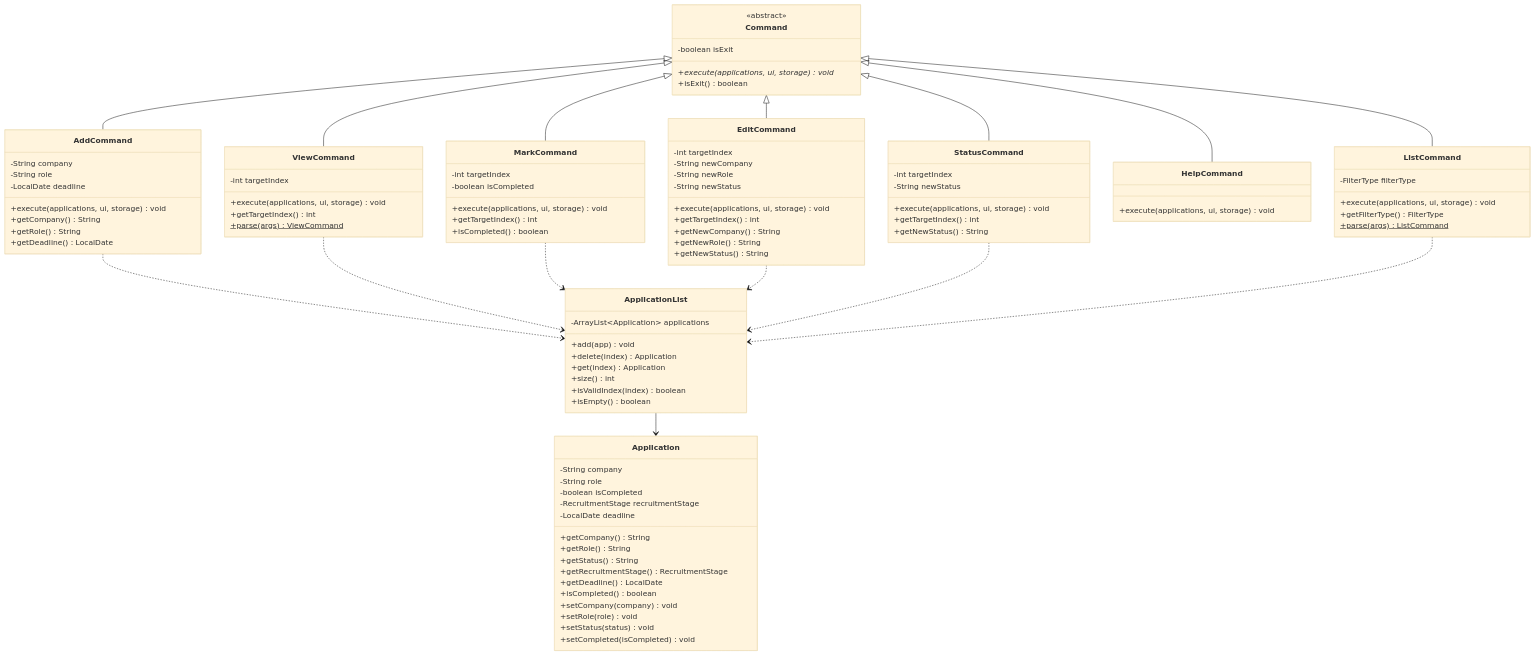
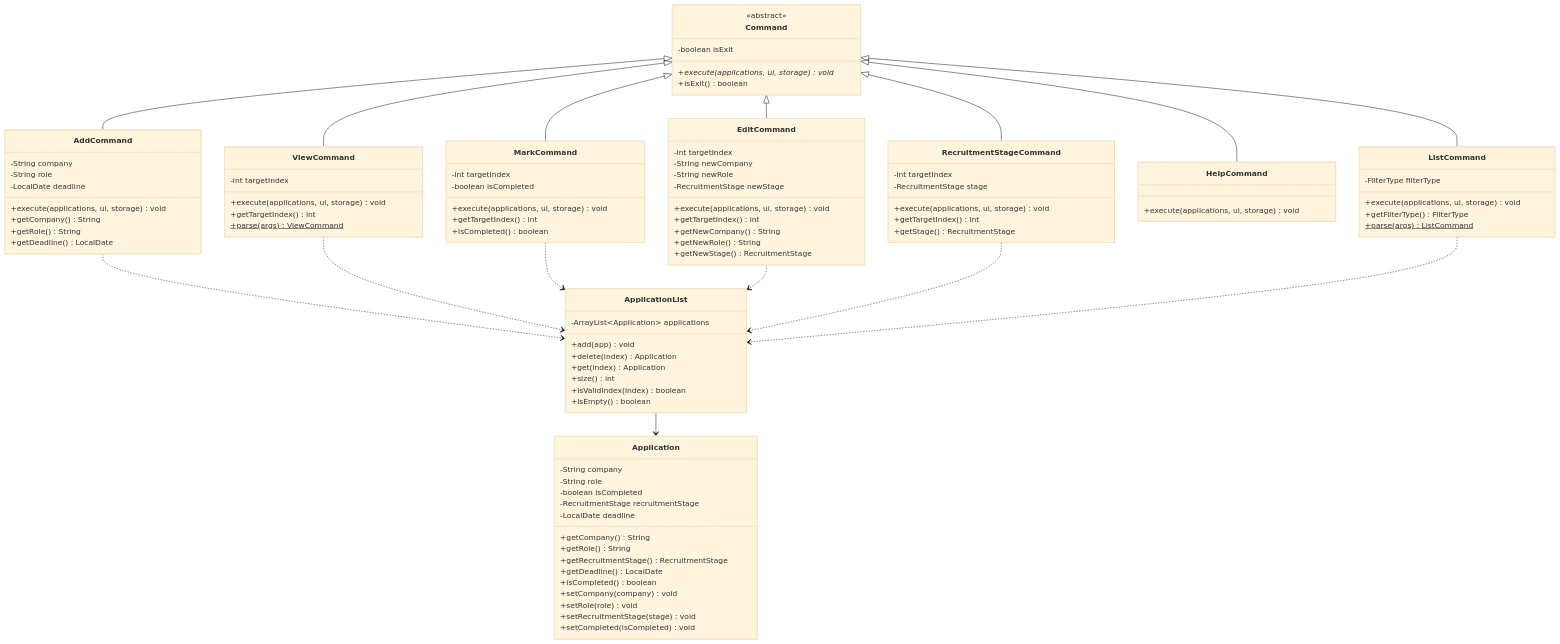
One commit to AY2627S1-CS2113-T10-2/tp changed the first of 12 diagrams in docs/DeveloperGuide.md. Above: the diagram before and after it, drawn with Mermaid (base theme). The commit also changed other lines of this file and 23 other files, not shown here.

Commit message:
Changed Naming from Status to RecruitmentStage

````diff
--- a/docs/DeveloperGuide.md
+++ b/docs/DeveloperGuide.md
@@ -50,19 +50,19 @@
         -int targetIndex
         -String newCompany
         -String newRole
-        -String newStatus
+        -RecruitmentStage newStage
         +execute(applications, ui, storage) void
         +getTargetIndex() int
         +getNewCompany() String
         +getNewRole() String
-        +getNewStatus() String
+        +getNewStage() RecruitmentStage
     }
-    class StatusCommand {
+    class RecruitmentStageCommand {
         -int targetIndex
-        -String newStatus
+        -RecruitmentStage stage
         +execute(applications, ui, storage) void
         +getTargetIndex() int
-        +getNewStatus() String
+        +getStage() RecruitmentStage
     }
     class HelpCommand {
         +execute(applications, ui, storage) void
@@ -90,20 +90,19 @@
         -LocalDate deadline
         +getCompany() String
         +getRole() String
-        +getStatus() String
         +getRecruitmentStage() RecruitmentStage
         +getDeadline() LocalDate
         +isCompleted() boolean
         +setCompany(company) void
         +setRole(role) void
-        +setStatus(status) void
+        +setRecruitmentStage(stage) void
         +setCompleted(isCompleted) void
     }
     Command <|-- AddCommand
     Command <|-- ViewCommand
     Command <|-- MarkCommand
     Command <|-- EditCommand
-    Command <|-- StatusCommand
+    Command <|-- RecruitmentStageCommand
     Command <|-- HelpCommand
     Command <|-- ListCommand
     ApplicationList --> Application
@@ -111,6 +110,6 @@
     ViewCommand ..> ApplicationList
     MarkCommand ..> ApplicationList
     EditCommand ..> ApplicationList
-    StatusCommand ..> ApplicationList
+    RecruitmentStageCommand ..> ApplicationList
     ListCommand ..> ApplicationList
 ```
````
